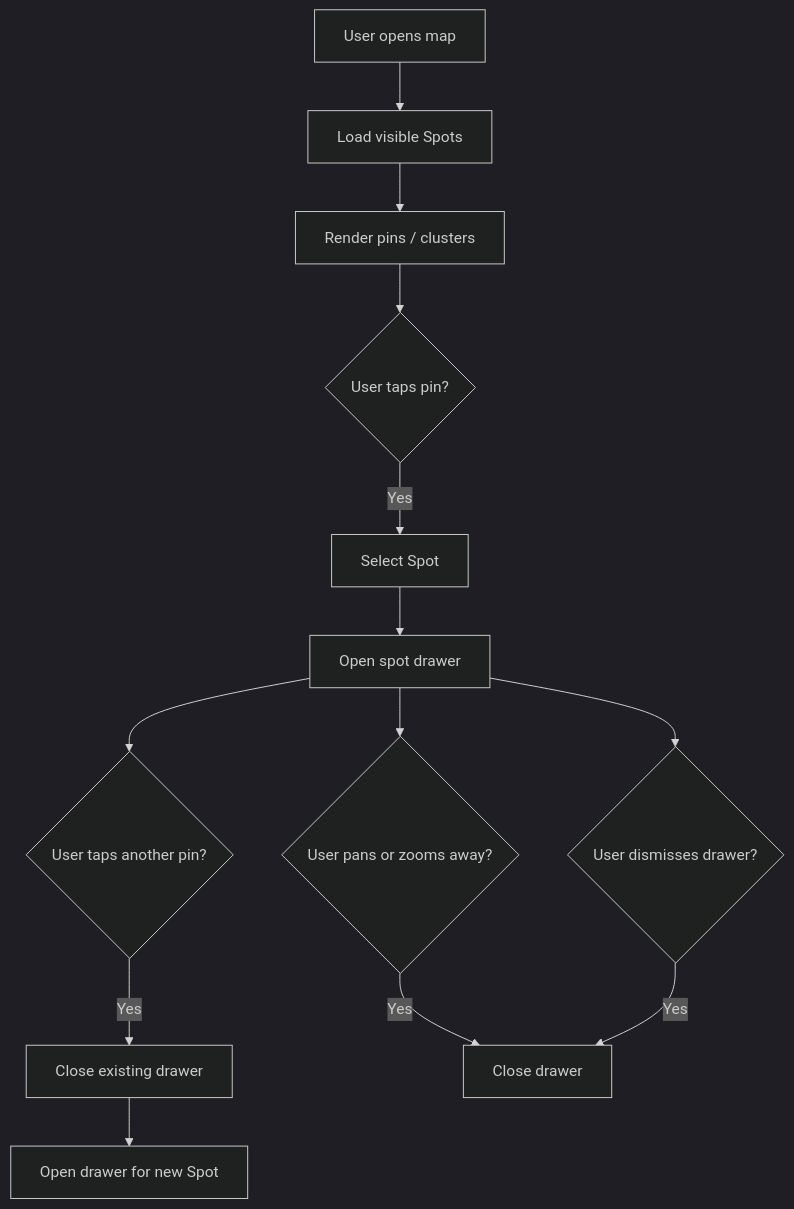
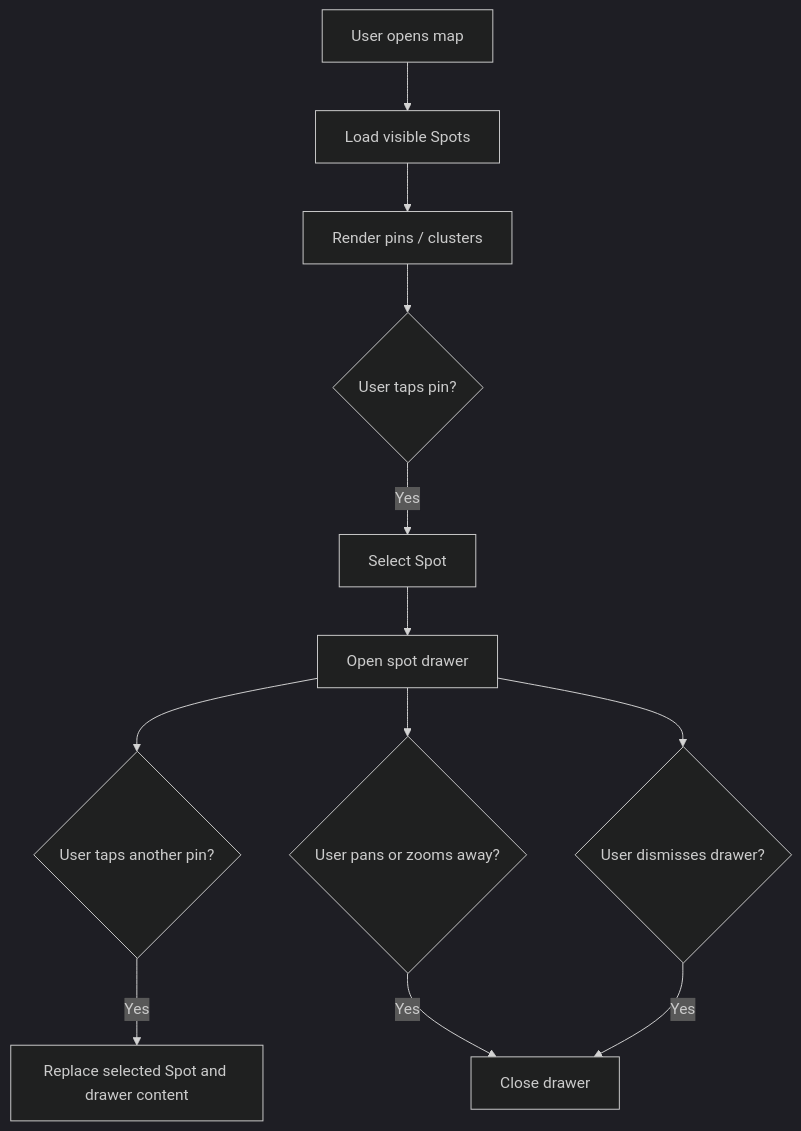
Before and after one commit to Ewynman/spot: the diagram in docs/product/map-experience.md, drawn with Mermaid (dark theme). The commit also changed other lines of this file and 43 other files, not shown here.

First line of the commit message:
Refresh documentation for current app architecture and flows (#63)

````diff
--- a/docs/product/map-experience.md
+++ b/docs/product/map-experience.md
@@ -51,15 +55,14 @@
 ```mermaid
 flowchart TD
   A[User opens map] --> B[Load visible Spots]
   B --> C[Render pins / clusters]
   C --> D{User taps pin?}
   D -->|Yes| E[Select Spot]
   E --> F[Open spot drawer]
   F --> G{User taps another pin?}
-  G -->|Yes| H[Close existing drawer]
-  H --> I[Open drawer for new Spot]
+  G -->|Yes| H[Replace selected Spot and drawer content]
   F --> J{User pans or zooms away?}
   J -->|Yes| K[Close drawer]
   F --> L{User dismisses drawer?}
   L -->|Yes| K
 ```
````
